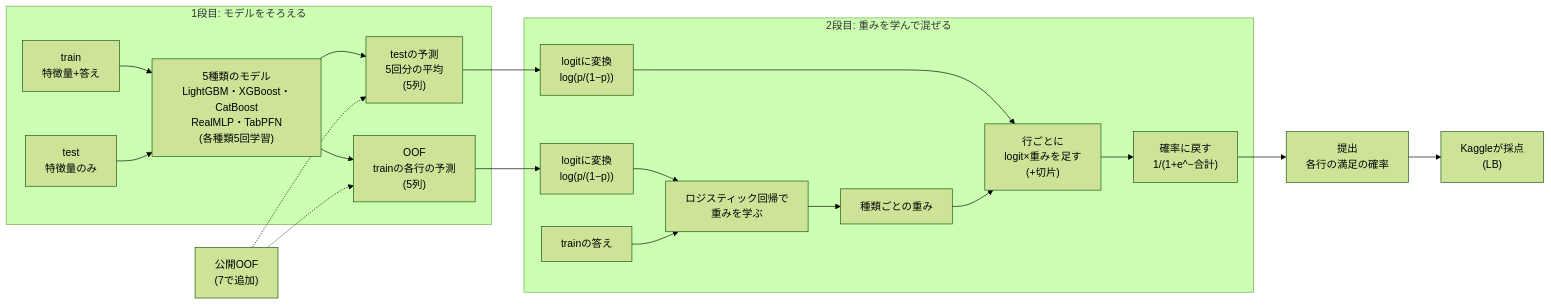
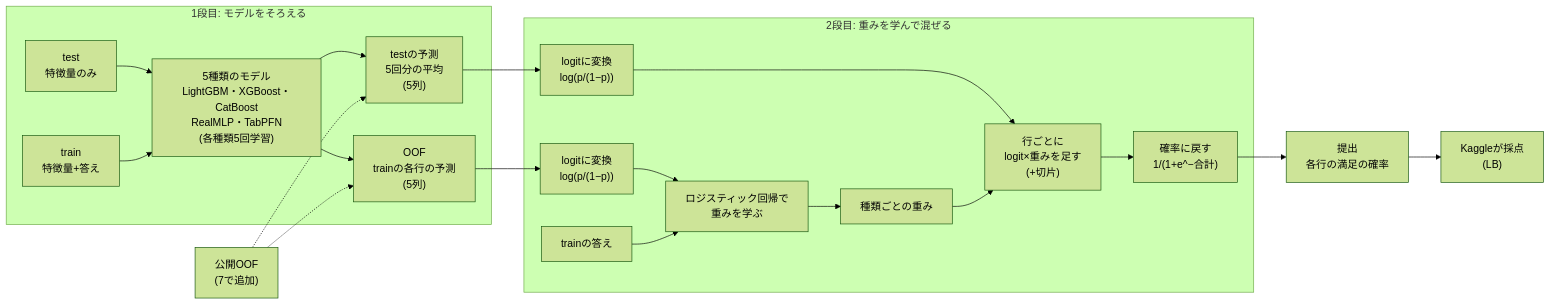
The diagram in README.md (aramaki5443-art/kaggle-s6e10-airline-satisfaction), drawn with Mermaid (forest theme) before and after one commit.

Commit message:
README diagram: swap declaration order so train is drawn above test
Claude-Session: https://claude.ai/code/session_01W4XQw12fApd9PttvvKTwbS

````diff
--- a/README.md
+++ b/README.md
@@ -133,22 +133,22 @@
 ```mermaid
 flowchart LR
   subgraph S1["1段目: モデルをそろえる"]
-    TR["train<br>特徴量+答え"] --> M["5種類のモデル<br>LightGBM・XGBoost・CatBoost<br>RealMLP・TabPFN<br>(各種類5回学習)"]
-    TE["test<br>特徴量のみ"] --> M
+    TE["test<br>特徴量のみ"] --> M["5種類のモデル<br>LightGBM・XGBoost・CatBoost<br>RealMLP・TabPFN<br>(各種類5回学習)"]
+    TR["train<br>特徴量+答え"] --> M
     M --> OOF["OOF<br>trainの各行の予測<br>(5列)"]
     M --> TP["testの予測<br>5回分の平均<br>(5列)"]
   end
   subgraph S2["2段目: 重みを学んで混ぜる"]
     OOF --> LO1["logitに変換<br>log(p/(1−p))"]
     LO1 --> LR["ロジスティック回帰で<br>重みを学ぶ"]
     Y["trainの答え"] --> LR
     LR --> W["種類ごとの重み"]
     TP --> LO2["logitに変換<br>log(p/(1−p))"]
     LO2 --> MIX["行ごとに<br>logit×重みを足す<br>(+切片)"]
     W --> MIX
     MIX --> SIG["確率に戻す<br>1/(1+e^−合計)"]
   end
   PUB["公開OOF<br>(7で追加)"] -.-> OOF
   PUB -.-> TP
   SIG --> SUB["提出<br>各行の満足の確率"] --> LB["Kaggleが採点<br>(LB)"]
 ```
````
